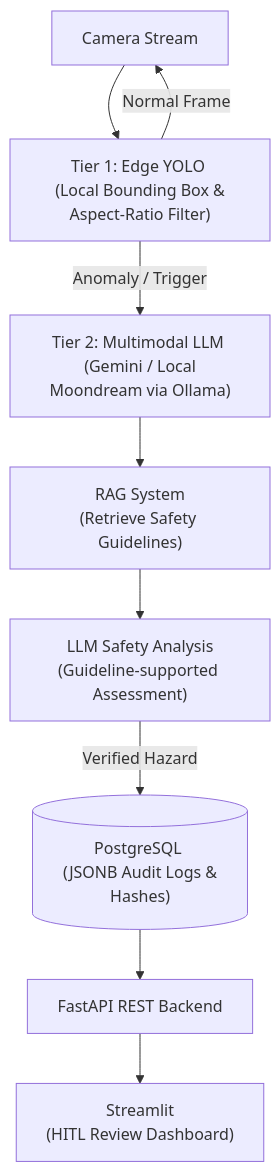
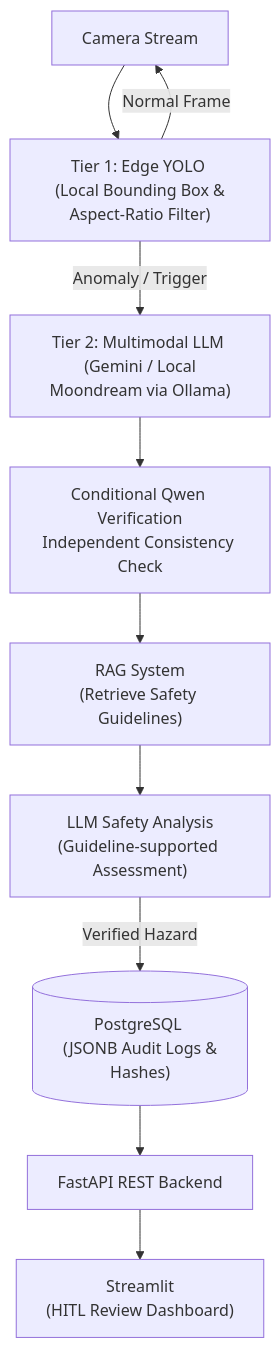
The diagram in README.md (shadowdk3/gazeloop-llm-agent), drawn with Mermaid before and after one commit. The commit also changed other lines of this file and 2 other files, not shown here.

Commit message:
feat: add conditional safety verification with Qwen TODO: speed up the verification speed

````diff
--- a/README.md
+++ b/README.md
@@ -34,12 +38,13 @@
 ```mermaid
 graph TD
     A["Camera Stream"] --> B["Tier 1: Edge YOLO <br/> (Local Bounding Box & Aspect-Ratio Filter)"]
-    B -- "Anomaly / Trigger" --> C["Tier 2: Multimodal LLM <br/> (Gemini / Local Moondream via Ollama)"]
+    B -- "Anomaly / Trigger" --> C["Tier 2: Multimodal LLM <br/> (Gemini / Local Moondream via Ollama)"] 
     B -- "Normal Frame" --> A
-    C --> G["RAG System<br/>(Retrieve Safety Guidelines)"]
+    C --> F["Conditional Qwen Verification<br/>Independent Consistency Check"]
+    F --> G["RAG System<br/>(Retrieve Safety Guidelines)"]
     G --> H["LLM Safety Analysis<br/>(Guideline-supported Assessment)"]
 
     H -- "Verified Hazard" --> D[("PostgreSQL <br/> (JSONB Audit Logs & Hashes)")]
     D --> E["FastAPI REST Backend"]
-    E --> F["Streamlit <br/> (HITL Review Dashboard)"]
+    E --> I["Streamlit <br/> (HITL Review Dashboard)"]
 ```
````
